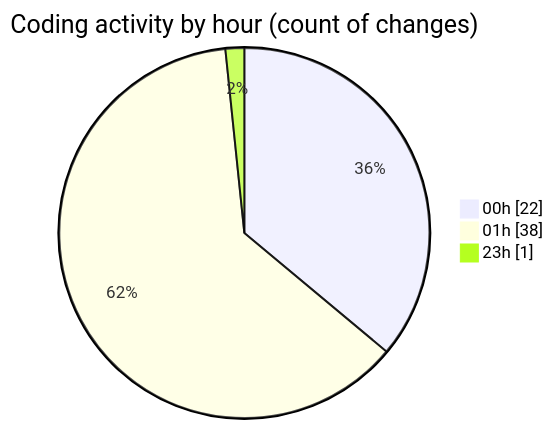
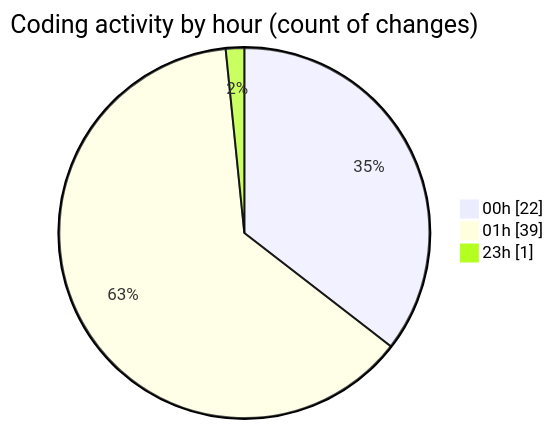
The second of 2 diagrams in 2025-07-29/refunds/README.md (EIIisD/code-tracking), drawn with Mermaid before and after one commit. The commit also changed other lines of this file and 1 other file, not shown here.

````diff
--- a/2025-07-29/refunds/README.md
+++ b/2025-07-29/refunds/README.md
@@ -28,7 +28,7 @@
 ```mermaid
 pie showData
 title Coding activity by hour (count of changes)
 "00h" : 22
-"01h" : 38
+"01h" : 39
 "23h" : 1
 ```
````
